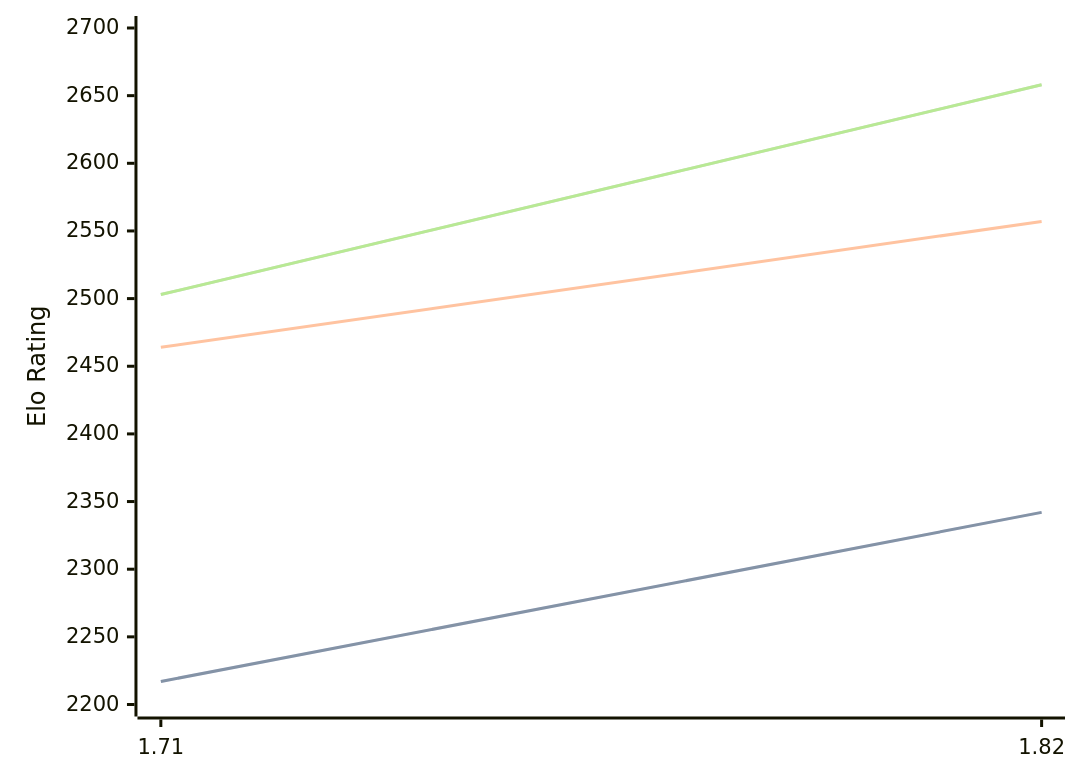
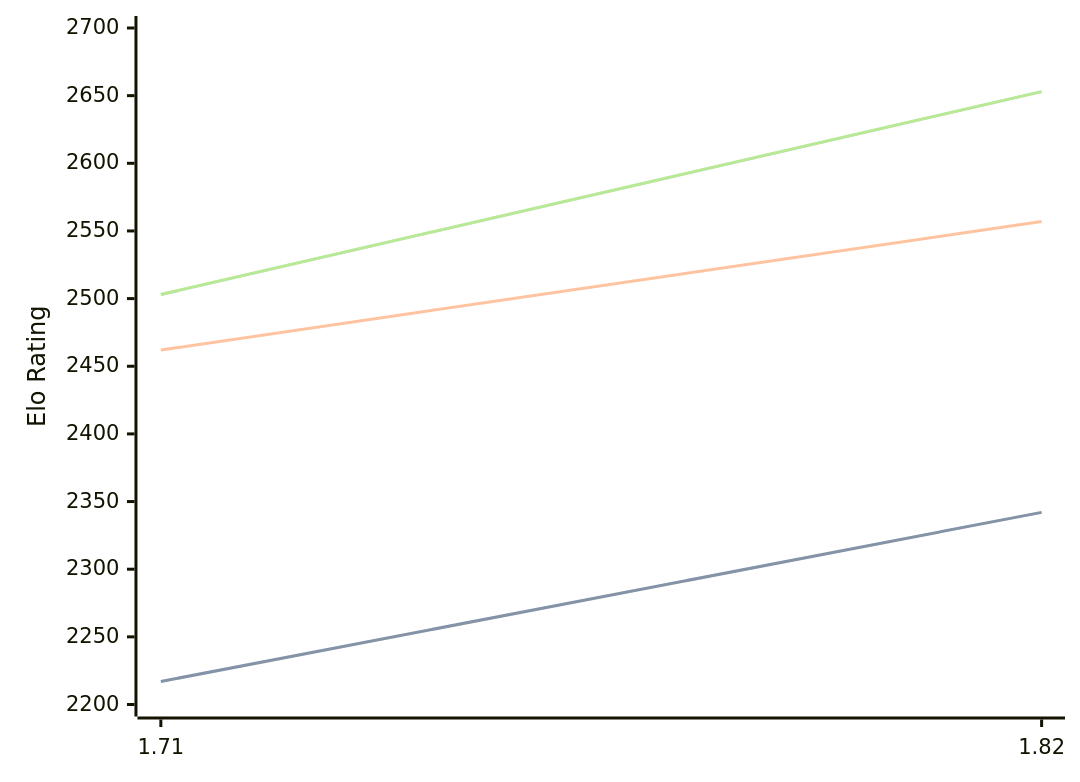
Before and after one commit to computer-chess-index/cci: the diagram in engines/Amira.md, drawn with Mermaid. The commit also changed other lines of this file, not shown here.

Commit message:
Update CCI Ratings (ELO VLTC) - 2026-03-25

````diff
--- a/engines/Amira.md
+++ b/engines/Amira.md
@@ -35,11 +35,11 @@
 ```mermaid
 %%{init: {"theme":"base","themeVariables":{"seriesColors:['#a3a3a3','#222221','#faa371']}}}%%
 xychart-beta
   x-axis ["1.71", "1.82"]
   y-axis "Elo Rating" 2200 --> 2700
   line "STC (8.0+0.08s)" [2217, 2342]
   line "STC (8.0+0.08s)" [2217, 2342]
-  line "LTC (60.0+0.60s)" [2464, 2557]
-  line "VLTC (2m24s+1.12s)" [2503, 2658]
-  line "VLTC (2m24s+1.12s)" [2503, 2658]
+  line "LTC (60.0+0.60s)" [2462, 2557]
+  line "VLTC (2m24s+1.12s)" [2503, 2653]
+  line "VLTC (2m24s+1.12s)" [2503, 2653]
 ```
````
